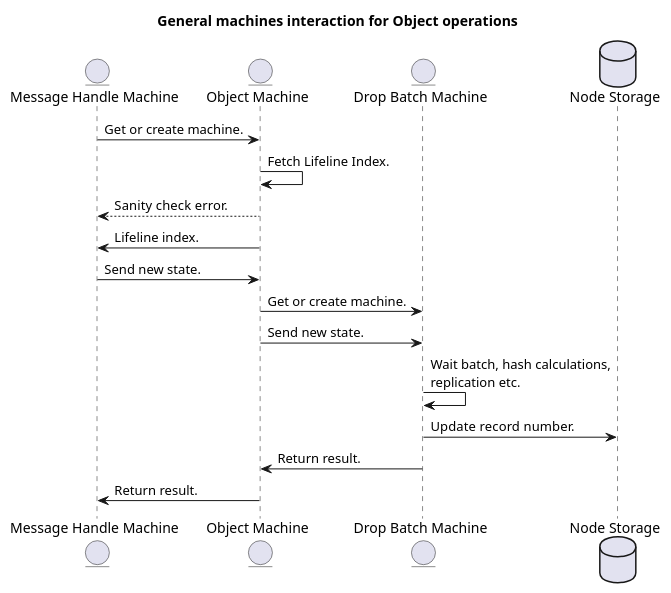
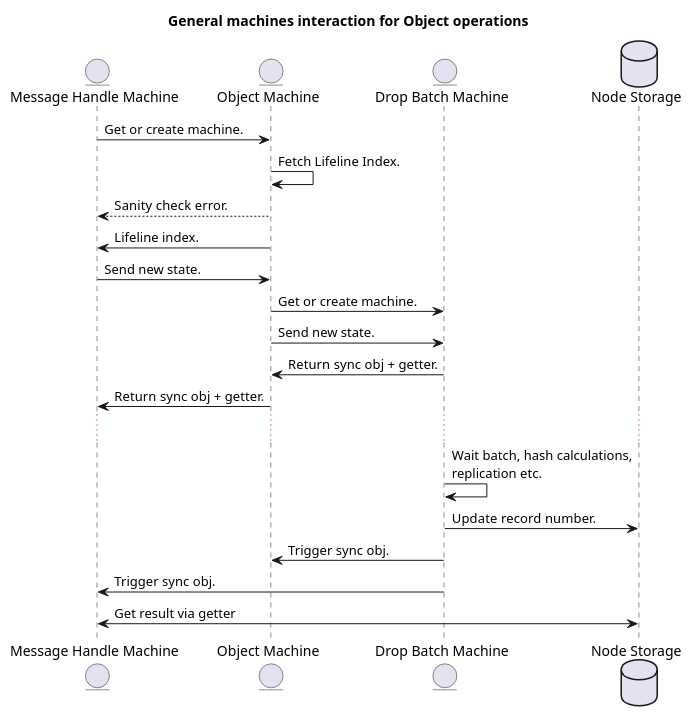
One commit to insolar/assured-ledger changed the diagram in ledger-core/v2/ledger-v2/smachines/general_scheme.puml. Above: the diagram before and after it, drawn with PlantUML.

Commit message:
INS-4101: Update scheme.

```diff
--- a/ledger-core/v2/ledger-v2/smachines/general_scheme.puml
+++ b/ledger-core/v2/ledger-v2/smachines/general_scheme.puml
@@ -1,22 +1,25 @@
 @startuml
 
 title "General machines interaction for Object operations"
-
 entity "Message Handle Machine" as m
 entity "Object Machine" as o
 entity "Drop Batch Machine" as d
 database "Node Storage" as db
 
 m -> o : Get or create machine.
 o -> o : Fetch Lifeline Index.
 o --> m : Sanity check error.
 o -> m : Lifeline index.
 m -> o : Send new state.
 o -> d : Get or create machine.
 o -> d : Send new state.
+d -> o : Return sync obj + getter.
+o -> m : Return sync obj + getter.
+...
 d -> d : Wait batch, hash calculations,\nreplication etc.
 d -> db : Update record number.
-d -> o : Return result.
-o -> m : Return result.
+d -> o : Trigger sync obj.
+d -> m : Trigger sync obj.
+m <-> db : Get result via getter
 
 @enduml
```
